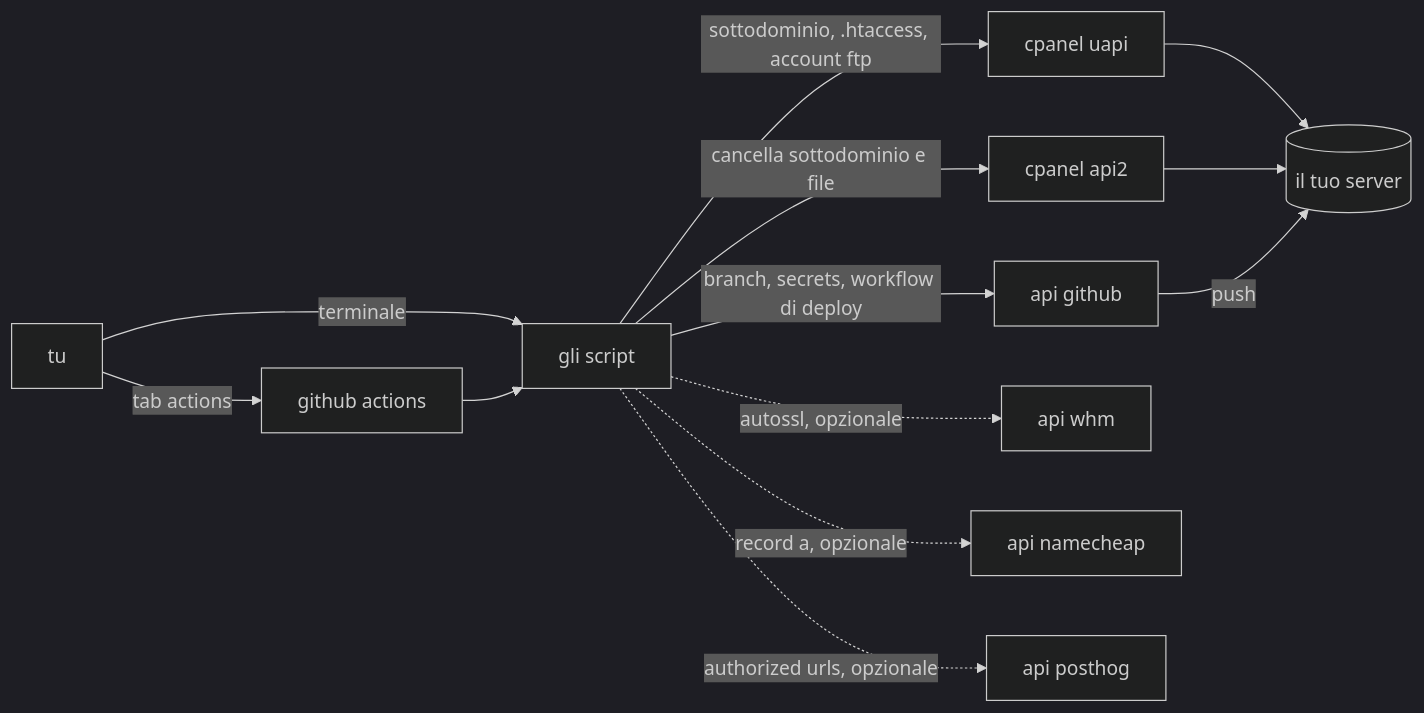
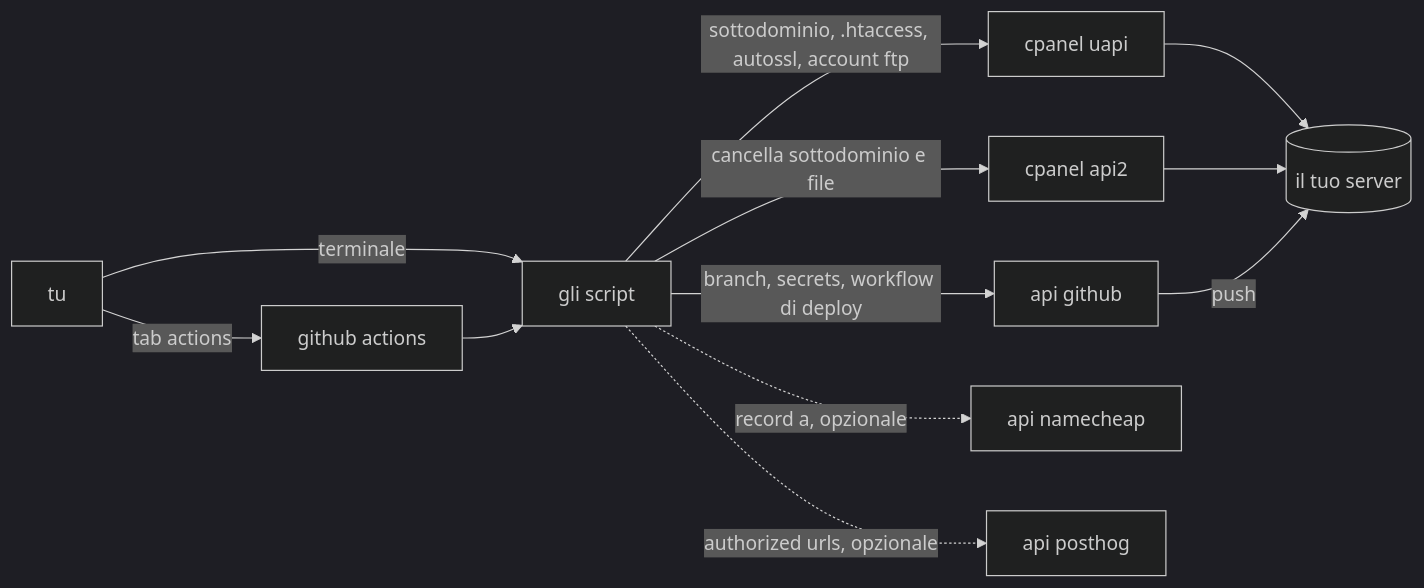
One commit to leandroestrella/hammerspace changed the diagram in README.it.md. Above: the diagram before and after it, drawn with Mermaid. The commit also changed other lines of this file and 11 other files, not shown here.

First line of the commit message:
autossl: start it through uapi with the cpanel user token, no whm needed (LNDR-230)

````diff
--- a/README.it.md
+++ b/README.it.md
@@ -27,16 +27,15 @@
 ```mermaid
 %%{init: {'theme': 'dark'}}%%
 flowchart LR
     YOU[tu] -->|tab actions| GHA[github actions]
     YOU -->|terminale| CLI[gli script]
     GHA --> CLI
-    CLI -->|sottodominio, .htaccess, account ftp| UAPI[cpanel uapi]
+    CLI -->|sottodominio, .htaccess, autossl, account ftp| UAPI[cpanel uapi]
     CLI -->|cancella sottodominio e file| API2[cpanel api2]
     CLI -->|branch, secrets, workflow di deploy| GH[api github]
-    CLI -.->|autossl, opzionale| WHM[api whm]
     CLI -.->|record a, opzionale| NC[api namecheap]
     CLI -.->|authorized urls, opzionale| PH[api posthog]
     UAPI --> SRV[(il tuo server)]
     API2 --> SRV
     GH -->|push| SRV
 ```
````
